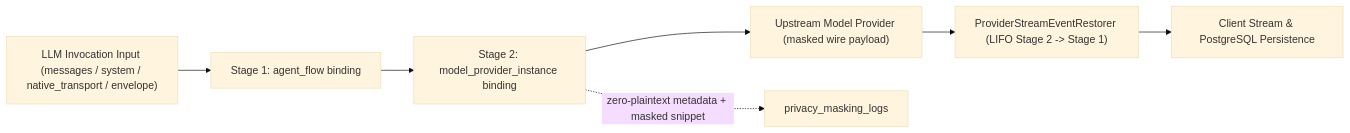
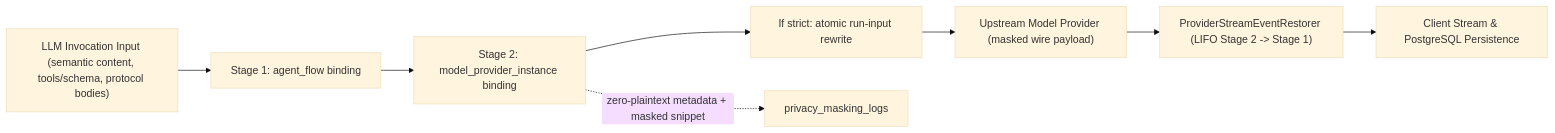
One commit to taichuy/1flowbase changed the diagram in docs/architecture/privacy-masking.md. Above: the diagram before and after it, drawn with Mermaid (base theme). The commit also changed other lines of this file and 17 other files, not shown here.

````diff
--- a/docs/architecture/privacy-masking.md
+++ b/docs/architecture/privacy-masking.md
@@ -13,9 +13,10 @@
 ```mermaid
 flowchart LR
-    A["LLM Invocation Input (messages / system / native_transport / envelope)"] --> B["Stage 1: agent_flow binding"]
+    A["LLM Invocation Input (semantic content, tools/schema, protocol bodies)"] --> B["Stage 1: agent_flow binding"]
     B --> C["Stage 2: model_provider_instance binding"]
-    C --> D["Upstream Model Provider (masked wire payload)"]
+    C --> P["If strict: atomic run-input rewrite"]
+    P --> D["Upstream Model Provider (masked wire payload)"]
     D --> E["ProviderStreamEventRestorer (LIFO Stage 2 -> Stage 1)"]
     E --> F["Client Stream & PostgreSQL Persistence"]
     C -. "zero-plaintext metadata + masked snippet" .-> G["privacy_masking_logs"]
 ```
````
